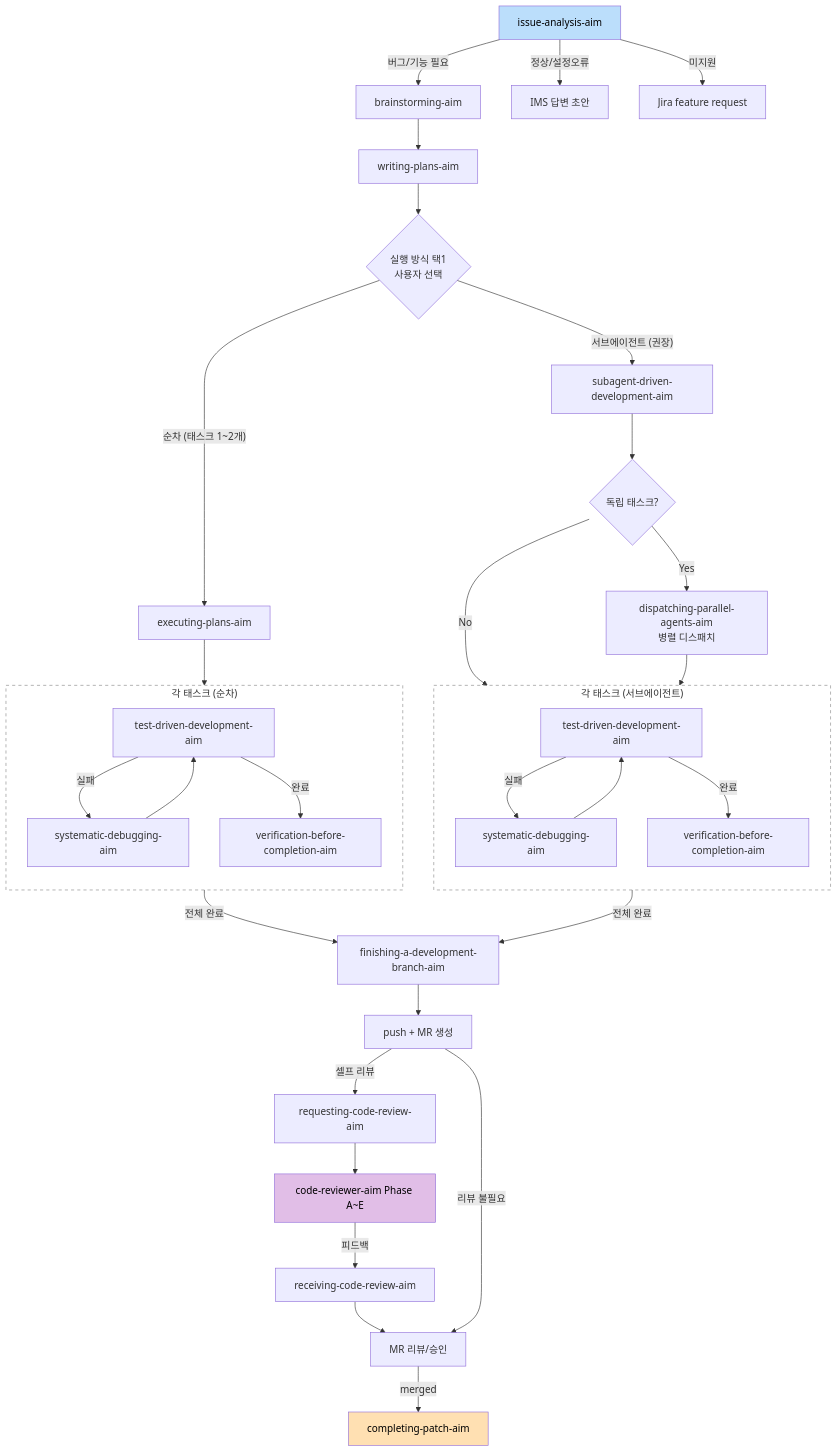
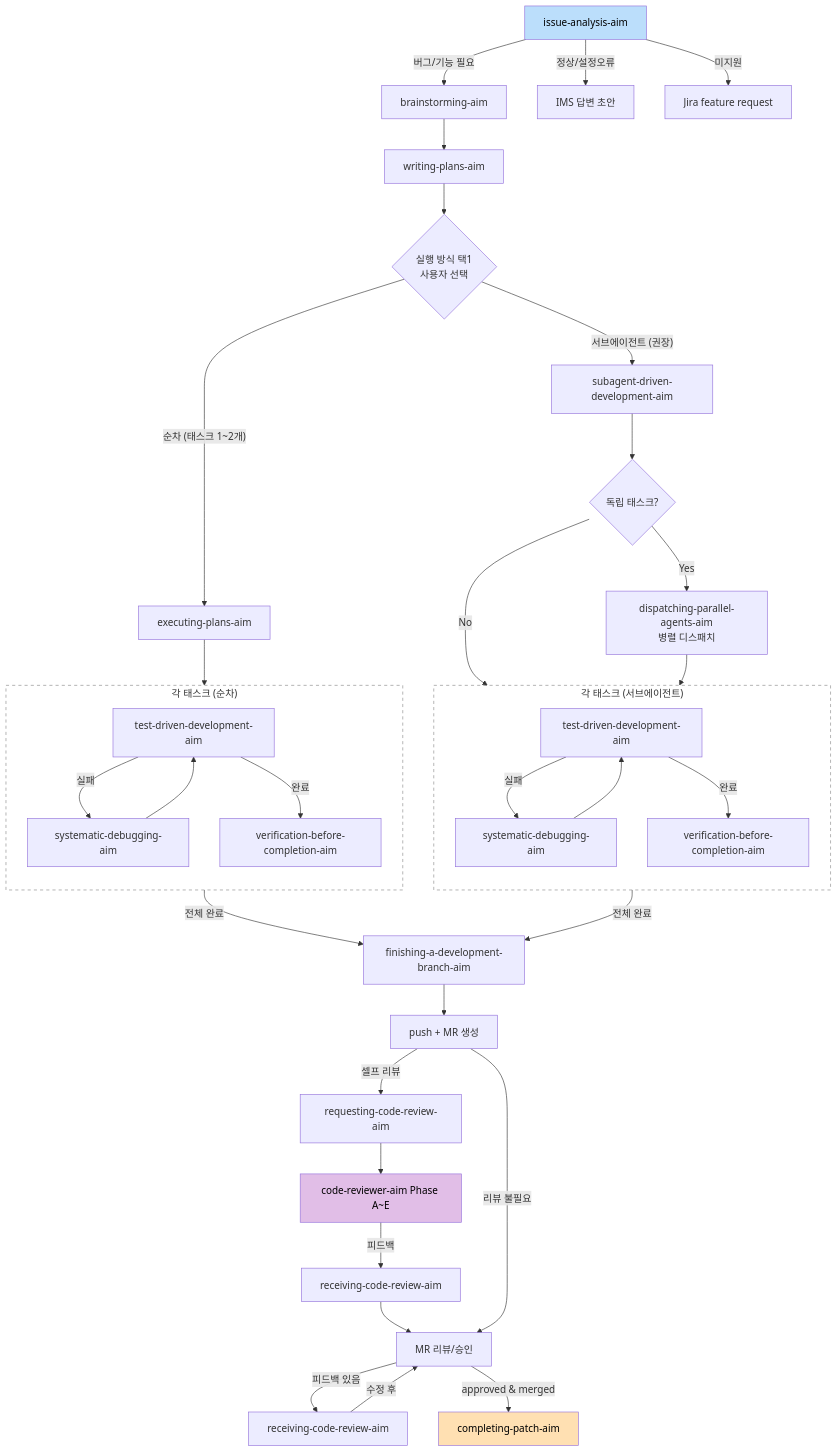
The diagram in README.md (kmj5228/aim-harness), drawn with Mermaid before and after one commit.

Commit message:
docs: add review feedback loop (receiving-code-review-aim) after MR review

````diff
--- a/README.md
+++ b/README.md
@@ -77,48 +77,50 @@
 ```mermaid
 flowchart TD
     A[issue-analysis-aim] -->|"버그/기능 필요"| B[brainstorming-aim]
     B --> C[writing-plans-aim]
     C --> D{실행 방식 택1\n사용자 선택}
 
     D -->|"순차 (태스크 1~2개)"| E[executing-plans-aim]
     E --> TDD1
 
     D -->|"서브에이전트 (권장)"| F[subagent-driven-development-aim]
     F --> H{독립 태스크?}
     H -->|"Yes"| P1[dispatching-parallel-agents-aim\n병렬 디스패치]
     H -->|"No"| TDD2
     P1 --> TDD2
 
     subgraph TDD1 ["각 태스크 (순차)"]
         direction TB
         G1[test-driven-development-aim] -->|실패| I1[systematic-debugging-aim]
         I1 --> G1
         G1 -->|완료| J1[verification-before-completion-aim]
     end
 
     subgraph TDD2 ["각 태스크 (서브에이전트)"]
         direction TB
         G2[test-driven-development-aim] -->|실패| I2[systematic-debugging-aim]
         I2 --> G2
         G2 -->|완료| J2[verification-before-completion-aim]
     end
 
     TDD1 -->|전체 완료| K[finishing-a-development-branch-aim]
     TDD2 -->|전체 완료| K
     K --> MR[push + MR 생성]
     MR -->|셀프 리뷰| L[requesting-code-review-aim]
     L --> M[code-reviewer-aim Phase A~E]
     M -->|피드백| R[receiving-code-review-aim]
     R --> MR2[MR 리뷰/승인]
     MR -->|리뷰 불필요| MR2
-    MR2 -->|merged| N[completing-patch-aim]
+    MR2 -->|피드백 있음| R2[receiving-code-review-aim]
+    R2 -->|수정 후| MR2
+    MR2 -->|approved & merged| N[completing-patch-aim]
 
     A -->|"정상/설정오류"| O[IMS 답변 초안]
     A -->|"미지원"| Q[Jira feature request]
 
     style A fill:#bbdefb,color:#000
     style N fill:#ffe0b2,color:#000
     style M fill:#e1bee7,color:#000
     style TDD1 fill:transparent,stroke:#888,stroke-dasharray: 5 5
     style TDD2 fill:transparent,stroke:#888,stroke-dasharray: 5 5
 ```
````
